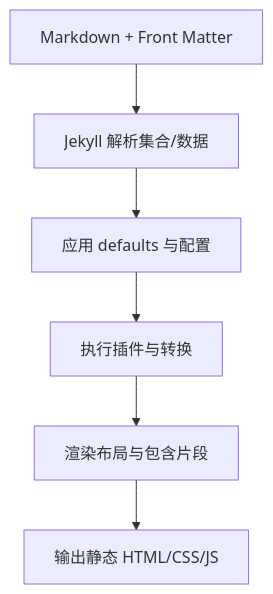
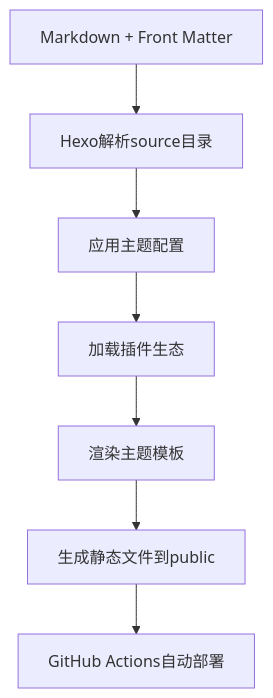
One commit to CoolPig0720/CoolPig0720.github.io changed the fourth of 5 diagrams in .qoder/repowiki/zh/content/项目概述/架构设计.md. Above: the diagram before and after it, drawn with Mermaid. The commit also changed other lines of this file and 36 other files, not shown here.

````diff
--- a/.qoder/repowiki/zh/content/项目概述/架构设计.md
+++ b/.qoder/repowiki/zh/content/项目概述/架构设计.md
@@ -268,8 +259,9 @@
 ```mermaid
 flowchart TD
-A["Markdown + Front Matter"] --> B["Jekyll 解析集合/数据"]
-B --> C["应用 defaults 与配置"]
-C --> D["执行插件与转换"]
-D --> E["渲染布局与包含片段"]
-E --> F["输出静态 HTML/CSS/JS"]
+A["Markdown + Front Matter"] --> B["Hexo解析source目录"]
+B --> C["应用主题配置"]
+C --> D["加载插件生态"]
+D --> E["渲染主题模板"]
+E --> F["生成静态文件到public"]
+F --> G["GitHub Actions自动部署"]
 ```
````
